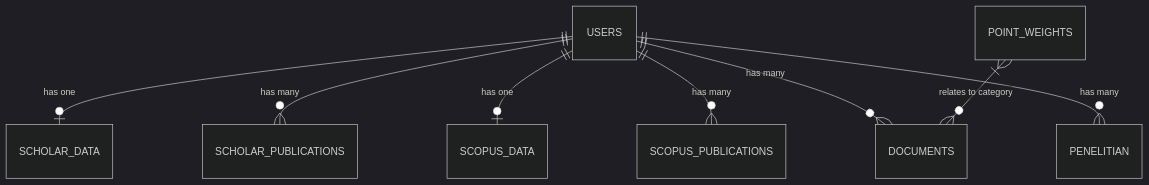
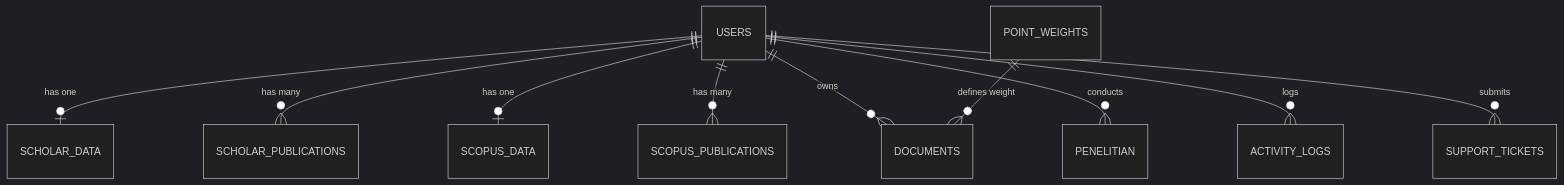
The diagram in README.md (Umam07/BE-PentaDosen), drawn with Mermaid (dark theme) before and after one commit. The commit also changed other lines of this file, not shown here.

````diff
--- a/README.md
+++ b/README.md
@@ -64,10 +65,12 @@
 ```mermaid
 erDiagram
     USERS ||--o| SCHOLAR_DATA : "has one"
     USERS ||--o{ SCHOLAR_PUBLICATIONS : "has many"
     USERS ||--o| SCOPUS_DATA : "has one"
     USERS ||--o{ SCOPUS_PUBLICATIONS : "has many"
-    USERS ||--o{ DOCUMENTS : "has many"
-    USERS ||--o{ PENELITIAN : "has many"
-    POINT_WEIGHTS }|--o{ DOCUMENTS : "relates to category"
+    USERS ||--o{ DOCUMENTS : "owns"
+    USERS ||--o{ PENELITIAN : "conducts"
+    USERS ||--o{ ACTIVITY_LOGS : "logs"
+    USERS ||--o{ SUPPORT_TICKETS : "submits"
+    POINT_WEIGHTS ||--o{ DOCUMENTS : "defines weight"
 ```
````
